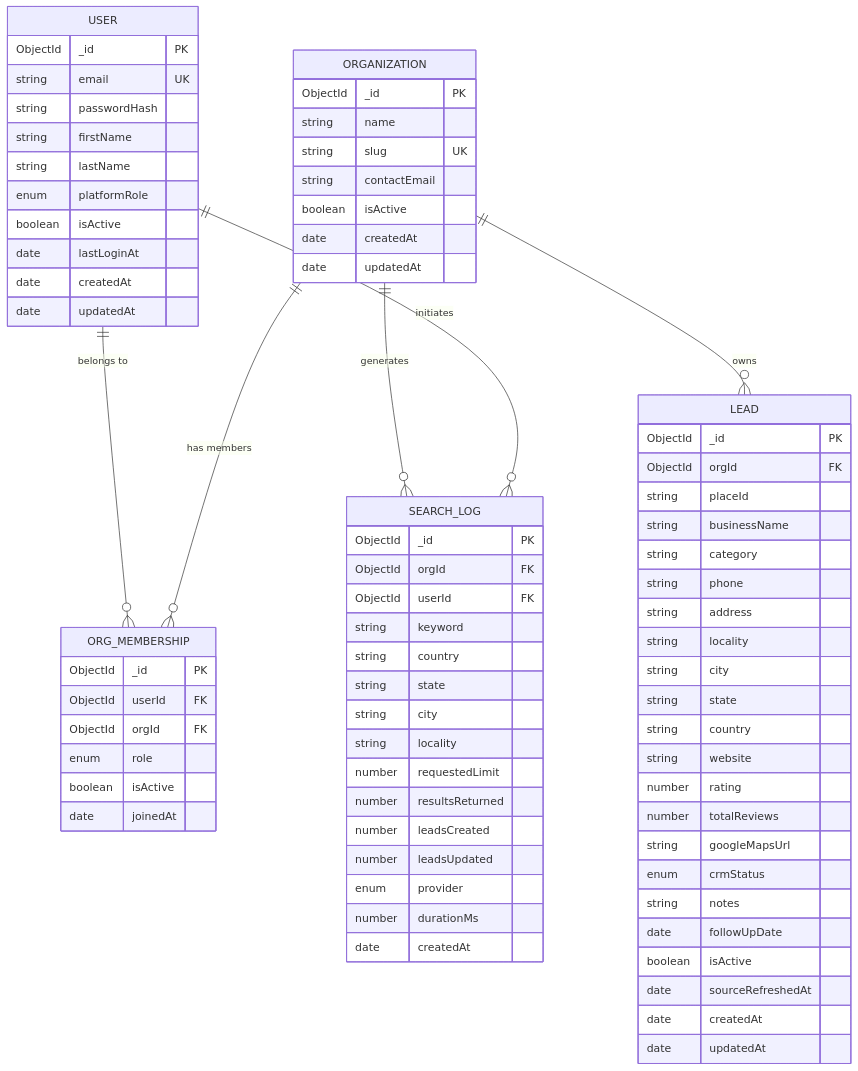
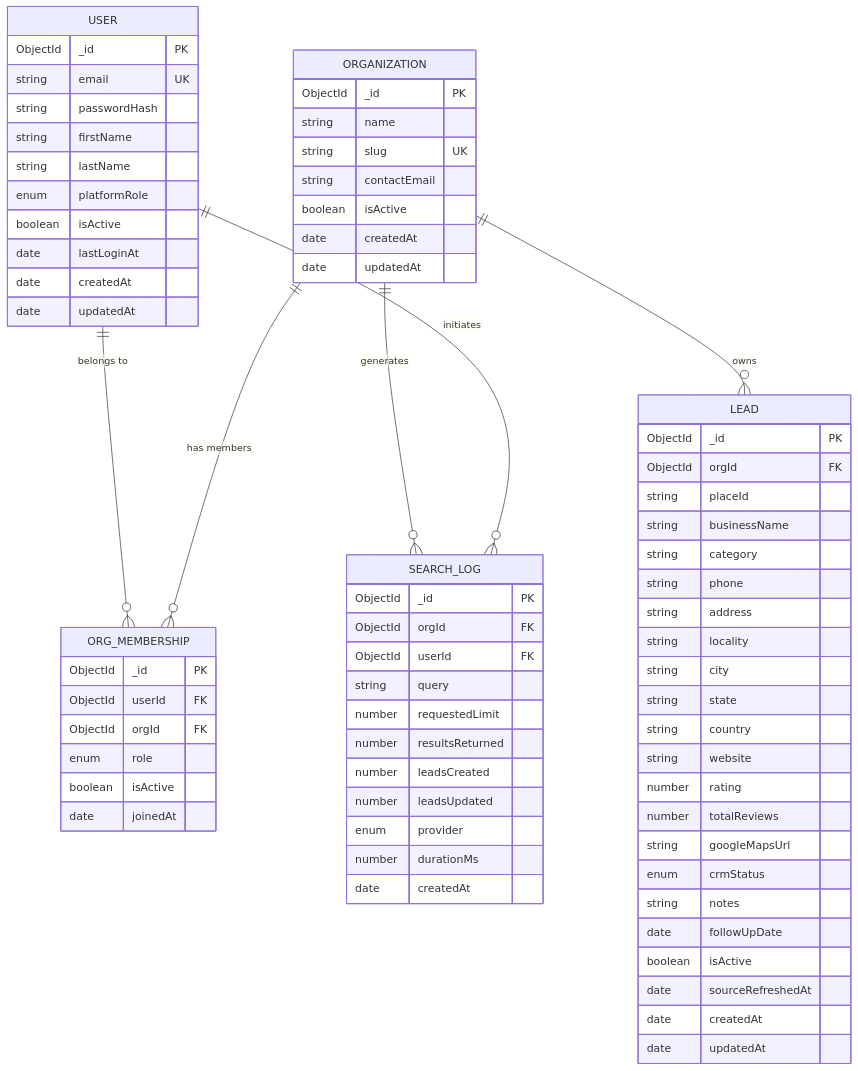
One commit to ayush1910-maker/sales-crm changed the second of 5 diagrams in crm-blueprint.md. Above: the diagram before and after it, drawn with Mermaid. The commit also changed other lines of this file and 38 other files, not shown here.

```diff
--- a/crm-blueprint.md
+++ b/crm-blueprint.md
@@ -289,11 +289,7 @@
         ObjectId _id PK
         ObjectId orgId FK
         ObjectId userId FK
-        string keyword
-        string country
-        string state
-        string city
-        string locality
+        string query
         number requestedLimit
         number resultsReturned
         number leadsCreated
```
